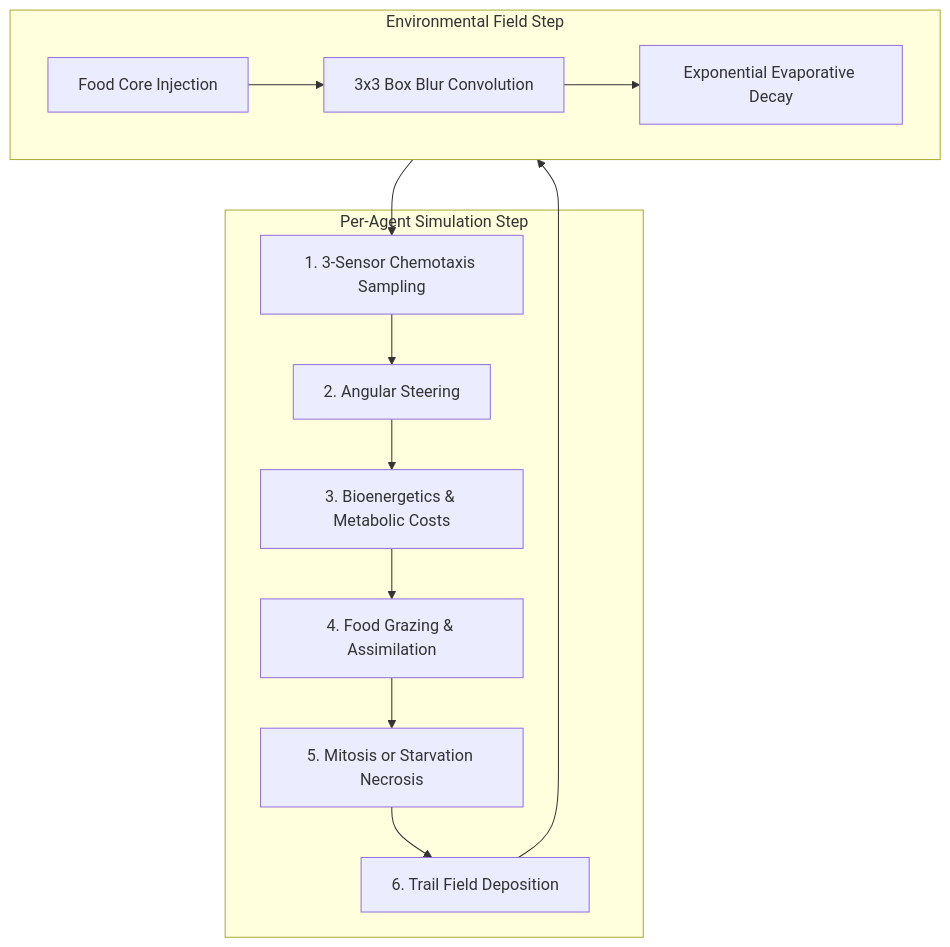
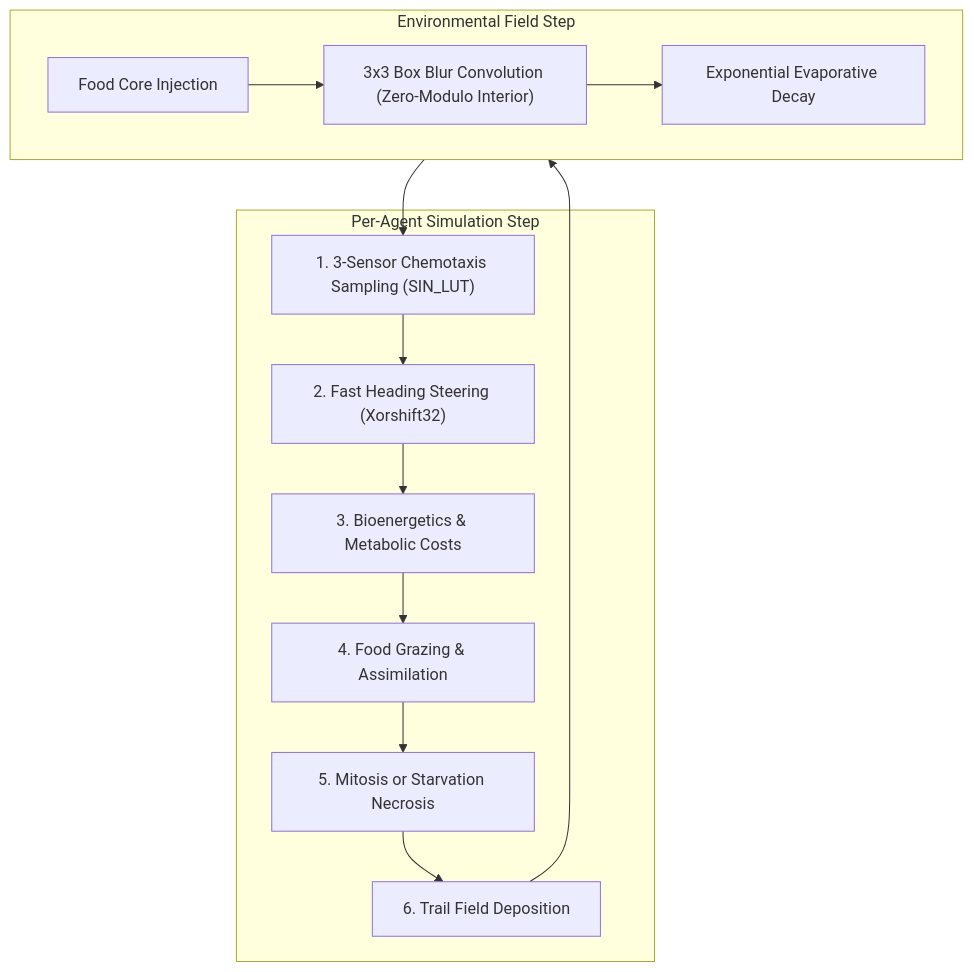
The diagram in docs/SIMULATION.md (AnimalGuide-MackHaber/MOLD), drawn with Mermaid before and after one commit. The commit also changed other lines of this file and 33 other files, not shown here.

````diff
--- a/docs/SIMULATION.md
+++ b/docs/SIMULATION.md
@@ -15,16 +15,16 @@
 ```mermaid
 flowchart TD
     subgraph AgentLoop["Per-Agent Simulation Step"]
-        Sensors["1. 3-Sensor Chemotaxis Sampling"] --> Steering["2. Angular Steering"]
+        Sensors["1. 3-Sensor Chemotaxis Sampling (SIN_LUT)"] --> Steering["2. Fast Heading Steering (Xorshift32)"]
         Steering --> Energy["3. Bioenergetics & Metabolic Costs"]
         Energy --> Ingest["4. Food Grazing & Assimilation"]
         Ingest --> Mitosis["5. Mitosis or Starvation Necrosis"]
         Mitosis --> Deposit["6. Trail Field Deposition"]
     end
     subgraph FieldStep["Environmental Field Step"]
-        FoodInj["Food Core Injection"] --> Diffuse["3x3 Box Blur Convolution"]
+        FoodInj["Food Core Injection"] --> Diffuse["3x3 Box Blur Convolution (Zero-Modulo Interior)"]
         Diffuse --> Decay["Exponential Evaporative Decay"]
     end
     Deposit --> FieldStep
     FieldStep --> Sensors
 ```
````
